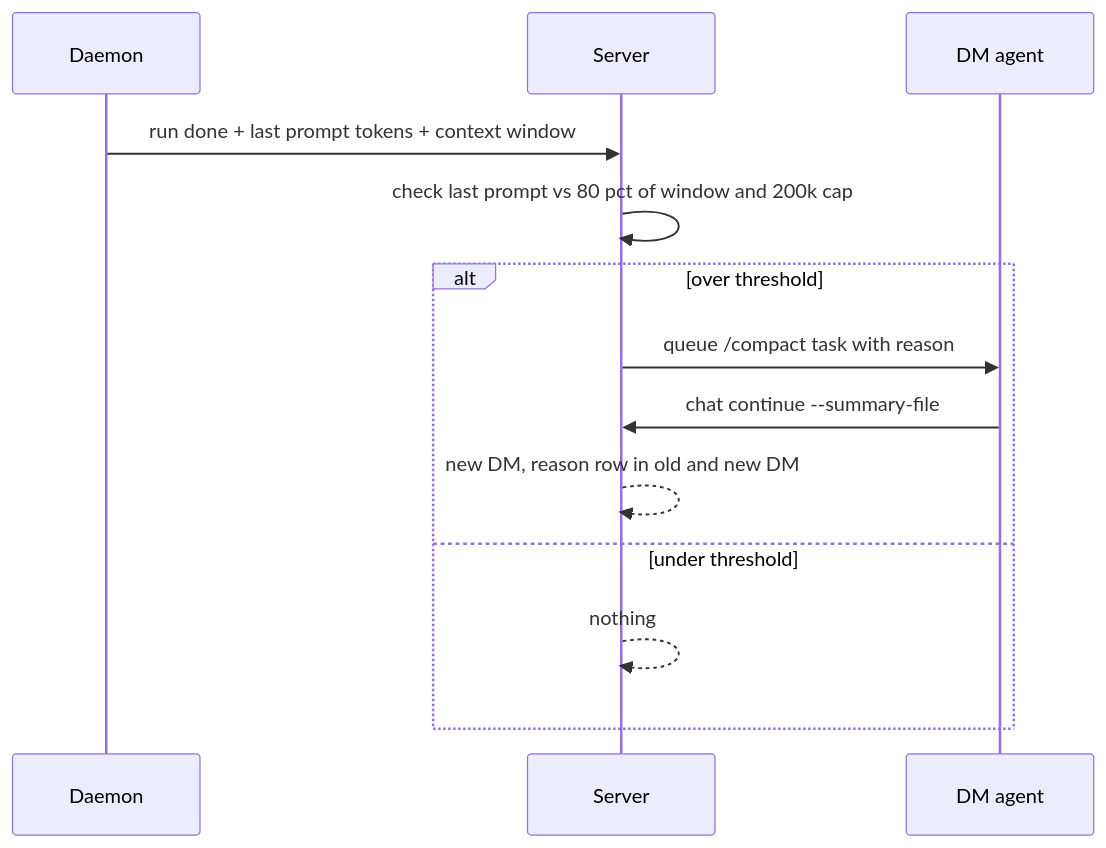
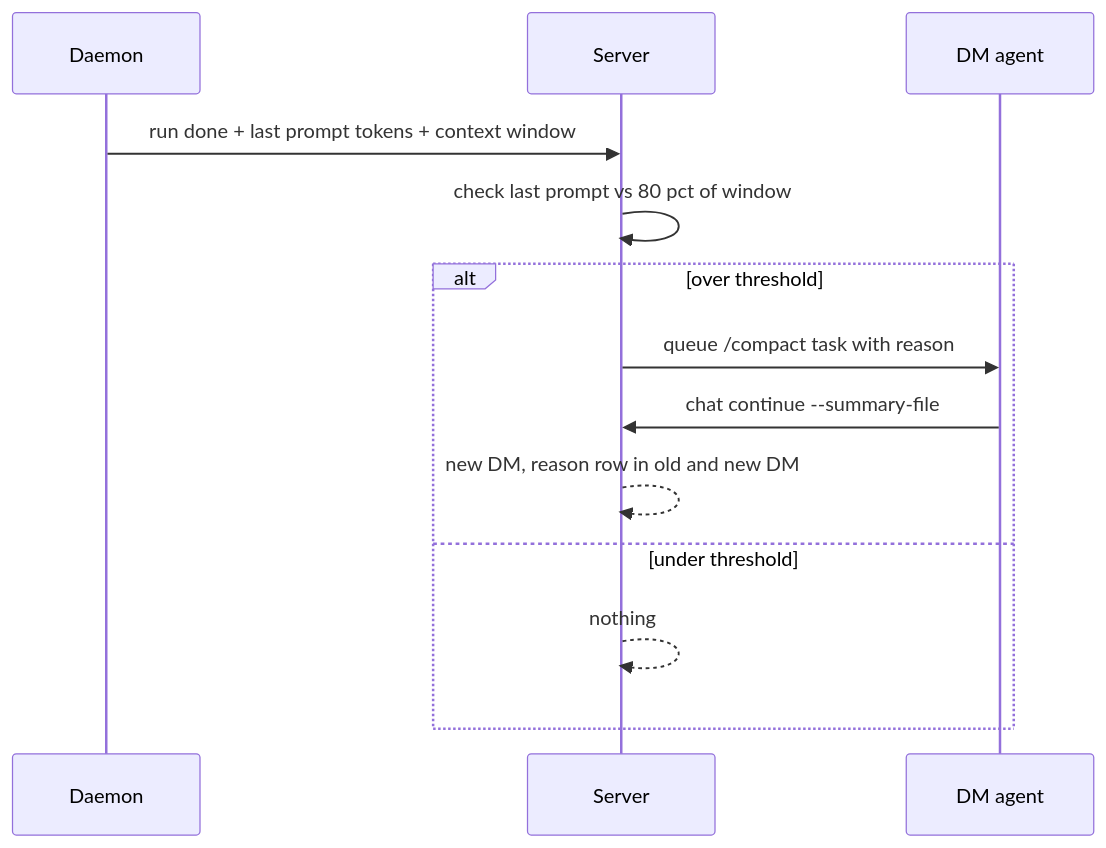
Before and after one commit to cheese-work/multica: the first of 2 diagrams in docs/designs/dm-auto-compact.md, drawn with Mermaid. The commit also changed other lines of this file, not shown here.

Commit message:
docs(chat): drop token cap from auto-compact design (Cheese: No)

````diff
--- a/docs/designs/dm-auto-compact.md
+++ b/docs/designs/dm-auto-compact.md
@@ -50,15 +50,15 @@
 ```mermaid
 sequenceDiagram
   participant D as Daemon
   participant S as Server
   participant A as DM agent
   D->>S: run done + last prompt tokens + context window
-  S->>S: check last prompt vs 80 pct of window and 200k cap
+  S->>S: check last prompt vs 80 pct of window
   alt over threshold
     S->>A: queue /compact task with reason
     A->>S: chat continue --summary-file
     S-->>S: new DM, reason row in old and new DM
   else under threshold
     S-->>S: nothing
   end
 ```
````
